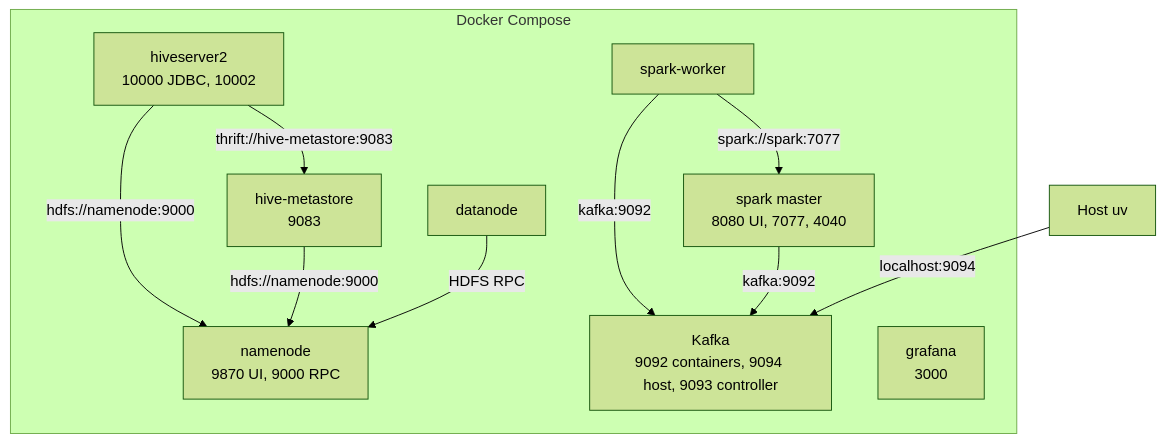
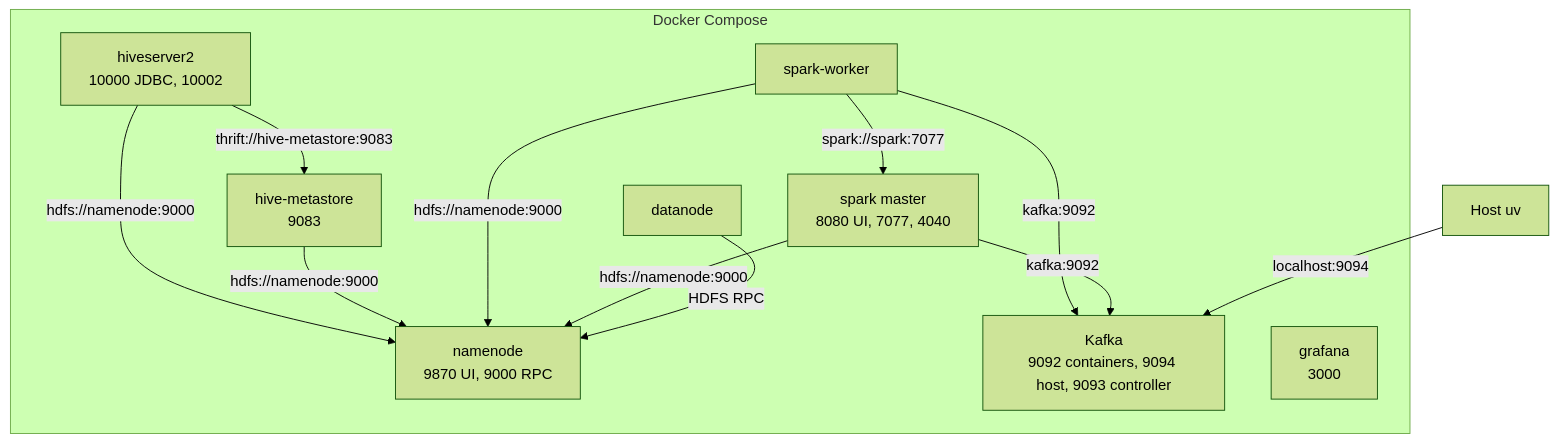
Before and after one commit to DarkPhoenix645/flowstate: the diagram in docs/dev-modes.md, drawn with Mermaid (forest theme). The commit also changed other lines of this file and 11 other files, not shown here.

````diff
--- a/docs/dev-modes.md
+++ b/docs/dev-modes.md
@@ -29,24 +29,26 @@
 ```mermaid
 flowchart TB
   host["Host uv"]
 
   subgraph compose [Docker Compose]
     nn["namenode\n9870 UI, 9000 RPC"]
     dn["datanode"]
     kafka["Kafka\n9092 containers, 9094 host, 9093 controller"]
     sm["spark master\n8080 UI, 7077, 4040"]
     sw["spark-worker"]
     hm["hive-metastore\n9083"]
     hs["hiveserver2\n10000 JDBC, 10002"]
     gf["grafana\n3000"]
   end
 
   host -->|"localhost:9094"| kafka
   dn -->|"HDFS RPC"| nn
   sw -->|"spark://spark:7077"| sm
+  sm -->|"hdfs://namenode:9000"| nn
+  sw -->|"hdfs://namenode:9000"| nn
   sm -->|"kafka:9092"| kafka
   sw -->|"kafka:9092"| kafka
   hs -->|"thrift://hive-metastore:9083"| hm
   hm -->|"hdfs://namenode:9000"| nn
   hs -->|"hdfs://namenode:9000"| nn
 ```
````
